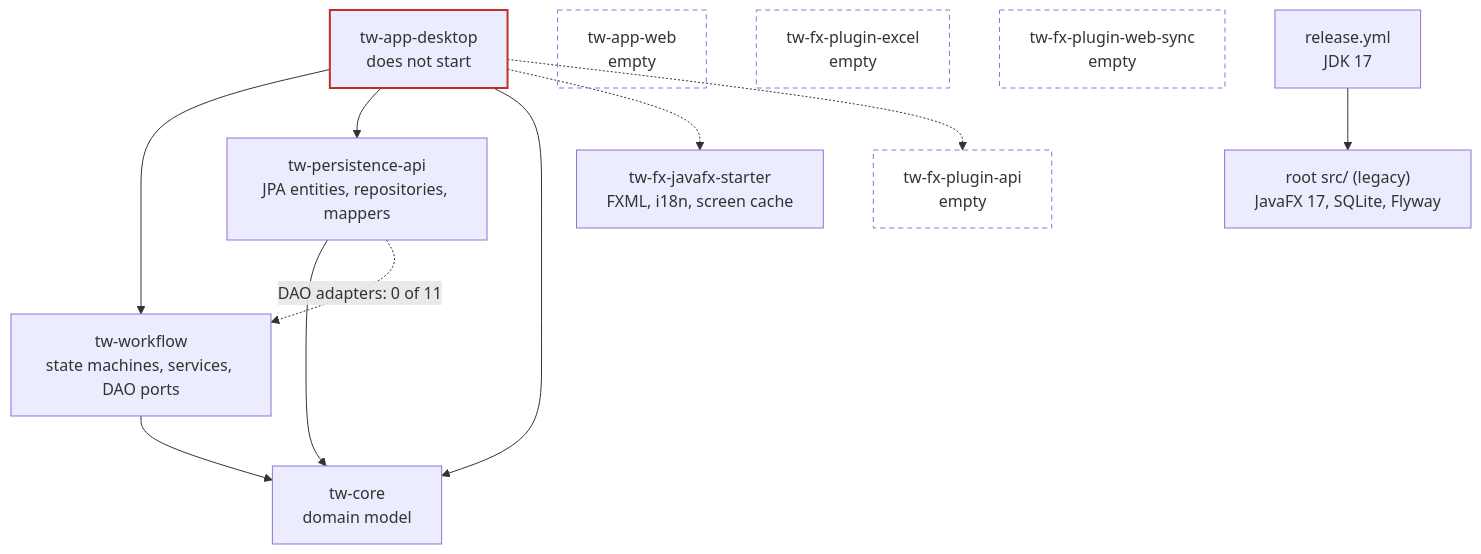
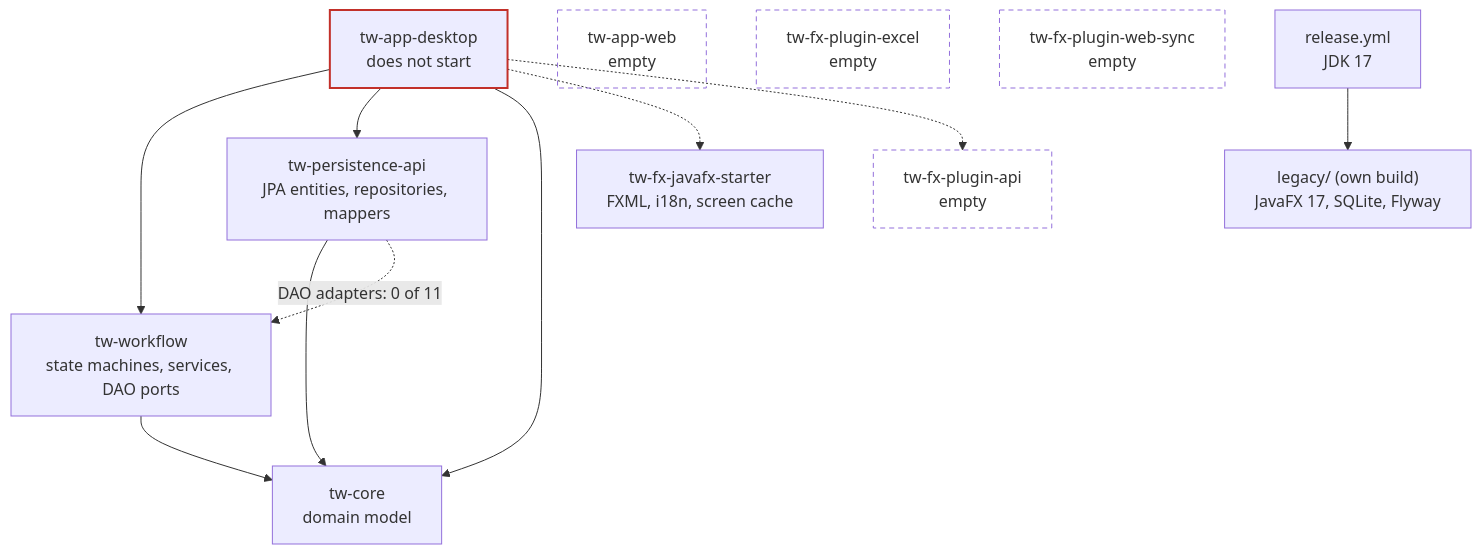
One commit to YahorSviarchkou/twister changed the diagram in tw-docs/diagrams/modules-current.mmd. Above: the diagram before and after it, drawn with Mermaid.

Commit message:
docs(tw-docs): update legacy node in module graph TW-14

```diff
--- a/tw-docs/diagrams/modules-current.mmd
+++ b/tw-docs/diagrams/modules-current.mmd
@@ -1,28 +1,28 @@
 %% Current Gradle module graph on branch exp (2026-11-15). Dashed: dependency present but commented out.
 flowchart TB
   desktop["tw-app-desktop<br/>does not start"]
   web["tw-app-web<br/>empty"]
   starter["tw-fx-javafx-starter<br/>FXML, i18n, screen cache"]
   papi["tw-fx-plugin-api<br/>empty"]
   pexcel["tw-fx-plugin-excel<br/>empty"]
   psync["tw-fx-plugin-web-sync<br/>empty"]
   wf["tw-workflow<br/>state machines, services, DAO ports"]
   per["tw-persistence-api<br/>JPA entities, repositories, mappers"]
   core["tw-core<br/>domain model"]
-  legacy["root src/ (legacy)<br/>JavaFX 17, SQLite, Flyway"]
+  legacy["legacy/ (own build)<br/>JavaFX 17, SQLite, Flyway"]
   ci["release.yml<br/>JDK 17"]
 
   desktop --> wf
   desktop --> per
   desktop --> core
   desktop -.-> starter
   desktop -.-> papi
   wf --> core
   per --> core
   per -. "DAO adapters: 0 of 11" .-> wf
   ci --> legacy
 
   classDef empty stroke-dasharray: 5 4,fill:transparent
   classDef broken stroke:#c2302a,stroke-width:2px
   class web,papi,pexcel,psync empty
   class desktop broken
```
